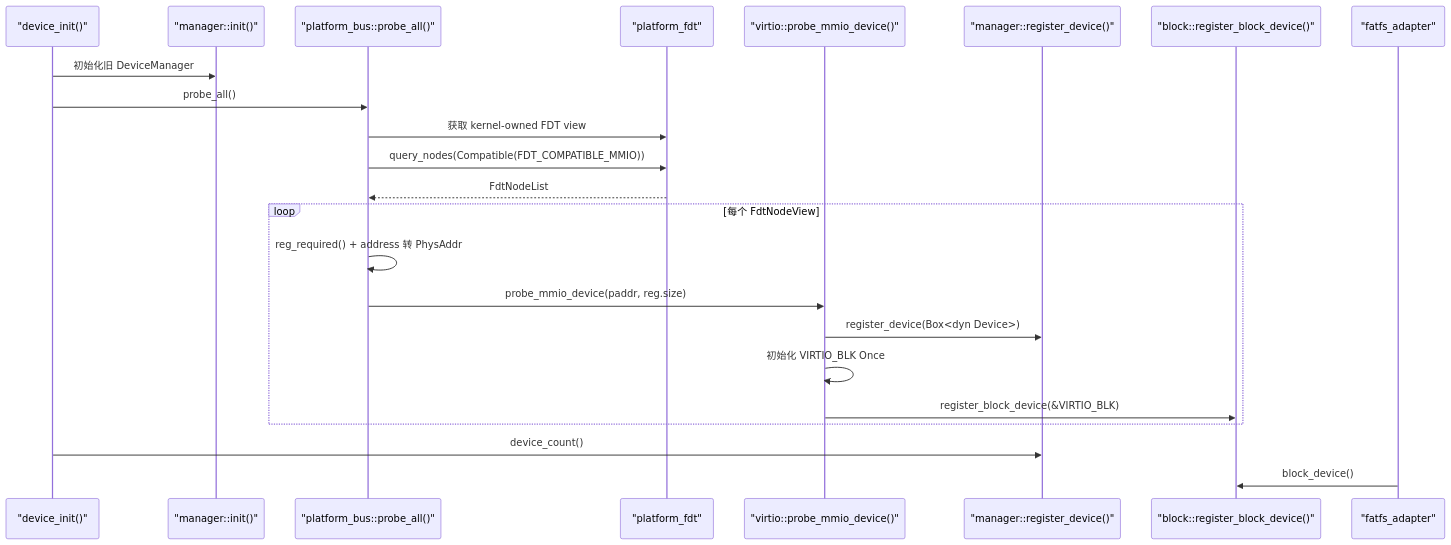
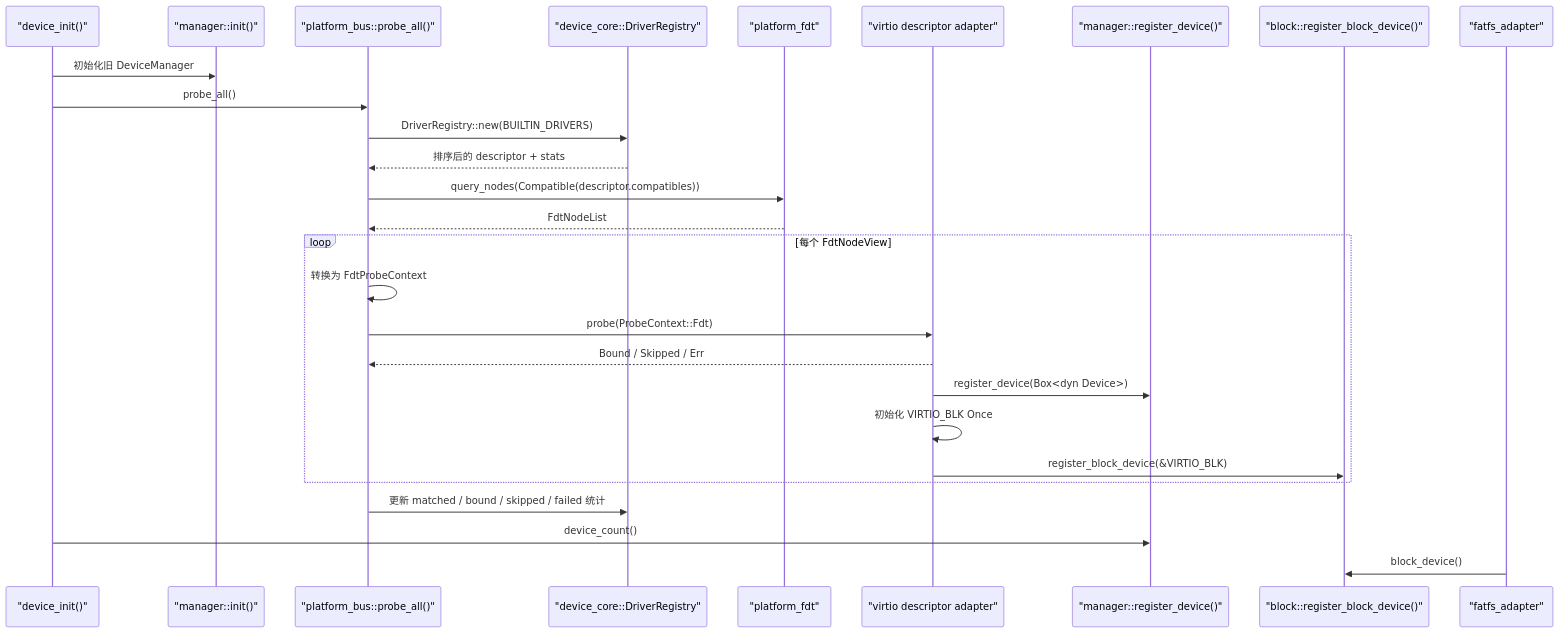
One commit to MRNIU/SimpleKernel changed the first of 2 diagrams in docs/design/device-d2-driver-descriptor-probe.md. Above: the diagram before and after it, drawn with Mermaid. The commit also changed other lines of this file and 7 other files, not shown here.

First line of the commit message:
feat(device): route platform bus through D2 descriptors

````diff
--- a/docs/design/device-d2-driver-descriptor-probe.md
+++ b/docs/design/device-d2-driver-descriptor-probe.md
@@ -88,26 +92,30 @@
 ```mermaid
 sequenceDiagram
   participant Init as "device_init()"
   participant Manager as "manager::init()"
   participant Bus as "platform_bus::probe_all()"
+  participant Registry as "device_core::DriverRegistry"
   participant Fdt as "platform_fdt"
-  participant Virtio as "virtio::probe_mmio_device()"
+  participant Virtio as "virtio descriptor adapter"
   participant DeviceManager as "manager::register_device()"
   participant Block as "block::register_block_device()"
   participant Fs as "fatfs_adapter"
 
   Init->>Manager: 初始化旧 DeviceManager
   Init->>Bus: probe_all()
-  Bus->>Fdt: 获取 kernel-owned FDT view
-  Bus->>Fdt: query_nodes(Compatible(FDT_COMPATIBLE_MMIO))
+  Bus->>Registry: DriverRegistry::new(BUILTIN_DRIVERS)
+  Registry-->>Bus: 排序后的 descriptor + stats
+  Bus->>Fdt: query_nodes(Compatible(descriptor.compatibles))
   Fdt-->>Bus: FdtNodeList
   loop 每个 FdtNodeView
-    Bus->>Bus: reg_required() + address 转 PhysAddr
-    Bus->>Virtio: probe_mmio_device(paddr, reg.size)
+    Bus->>Bus: 转换为 FdtProbeContext
+    Bus->>Virtio: probe(ProbeContext::Fdt)
+    Virtio-->>Bus: Bound / Skipped / Err
     Virtio->>DeviceManager: register_device(Box<dyn Device>)
     Virtio->>Virtio: 初始化 VIRTIO_BLK Once
     Virtio->>Block: register_block_device(&VIRTIO_BLK)
   end
+  Bus->>Registry: 更新 matched / bound / skipped / failed 统计
   Init->>DeviceManager: device_count()
   Fs->>Block: block_device()
 ```
````
